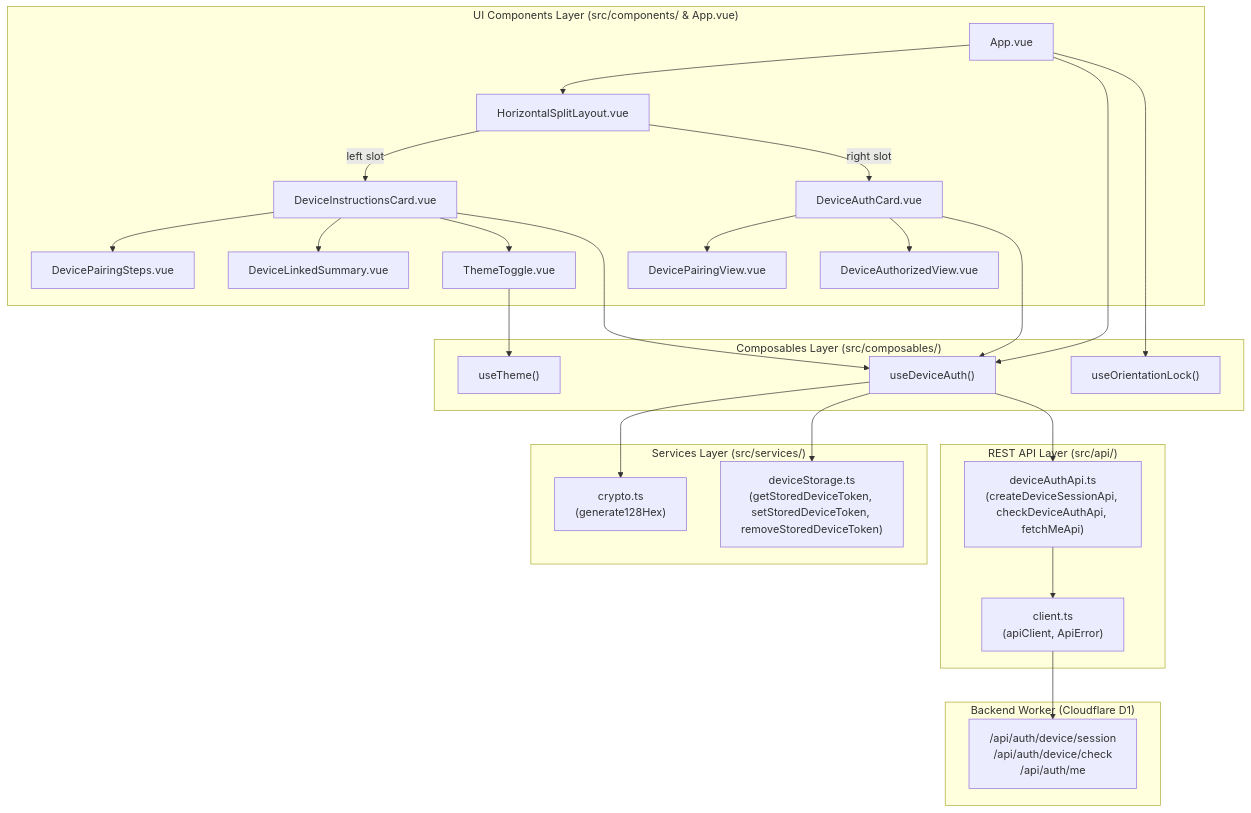
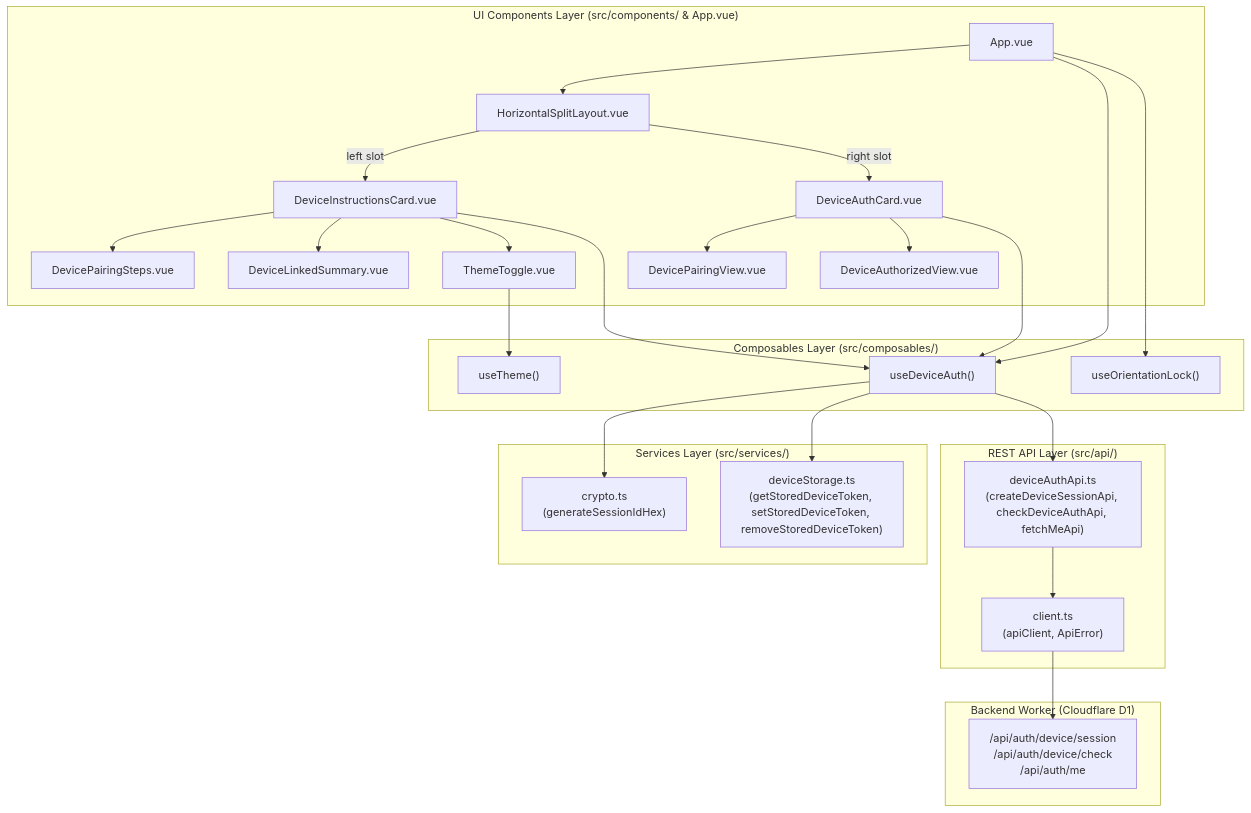
Before and after one commit to solvePao/dashboard: the first of 2 diagrams in mobile/architecture.md, drawn with Mermaid. The commit also changed other lines of this file and 47 other files, not shown here.

Commit message:
stablizing auth flows final

````diff
--- a/mobile/architecture.md
+++ b/mobile/architecture.md
@@ -75,57 +75,57 @@
 ```mermaid
 flowchart TD
     subgraph UIComponents["UI Components Layer (src/components/ & App.vue)"]
         App["App.vue"]
         SplitLayout["HorizontalSplitLayout.vue"]
         InstrCard["DeviceInstructionsCard.vue"]
         AuthCard["DeviceAuthCard.vue"]
         Steps["DevicePairingSteps.vue"]
         Summary["DeviceLinkedSummary.vue"]
         PairView["DevicePairingView.vue"]
         AuthView["DeviceAuthorizedView.vue"]
         TToggle["ThemeToggle.vue"]
     end
 
     App --> SplitLayout
     SplitLayout -->|left slot| InstrCard
     SplitLayout -->|right slot| AuthCard
     InstrCard --> Steps
     InstrCard --> Summary
     InstrCard --> TToggle
     AuthCard --> PairView
     AuthCard --> AuthView
 
     subgraph ComposablesLayer["Composables Layer (src/composables/)"]
         useDeviceAuth["useDeviceAuth()"]
         useOrientationLock["useOrientationLock()"]
         useTheme["useTheme()"]
     end
 
     App --> useDeviceAuth
     App --> useOrientationLock
     InstrCard --> useDeviceAuth
     AuthCard --> useDeviceAuth
     TToggle --> useTheme
 
     subgraph ServicesLayer["Services Layer (src/services/)"]
-        CryptoService["crypto.ts\n(generate128Hex)"]
+        CryptoService["crypto.ts\n(generateSessionIdHex)"]
         DeviceStorage["deviceStorage.ts\n(getStoredDeviceToken, setStoredDeviceToken, removeStoredDeviceToken)"]
     end
 
     subgraph APILayer["REST API Layer (src/api/)"]
         DeviceAuthAPI["deviceAuthApi.ts\n(createDeviceSessionApi, checkDeviceAuthApi, fetchMeApi)"]
         Client["client.ts\n(apiClient, ApiError)"]
     end
 
     useDeviceAuth --> CryptoService
     useDeviceAuth --> DeviceStorage
     useDeviceAuth --> DeviceAuthAPI
 
     DeviceAuthAPI --> Client
 
     subgraph Backend["Backend Worker (Cloudflare D1)"]
         Worker["/api/auth/device/session\n/api/auth/device/check\n/api/auth/me"]
     end
 
     Client --> Worker
 ```
````
